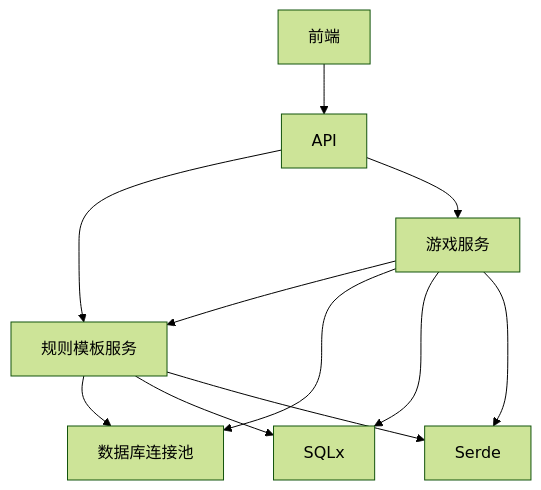
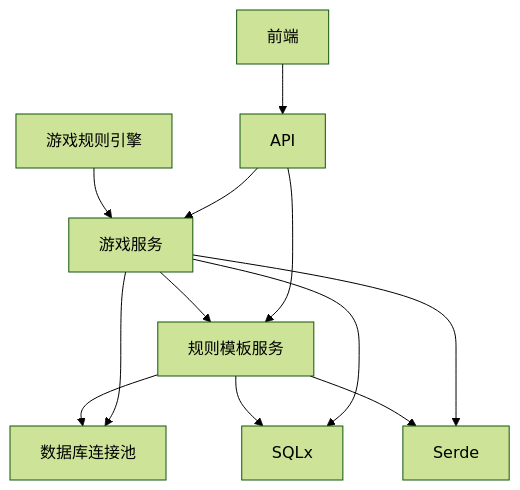
The seventh of 7 diagrams in .qoder/repowiki/zh/content/游戏规则文档.md (ITX351/royale-arena), drawn with Mermaid (forest theme) before and after one commit. The commit also changed other lines of this file and 7 other files, not shown here.

````diff
--- a/.qoder/repowiki/zh/content/游戏规则文档.md
+++ b/.qoder/repowiki/zh/content/游戏规则文档.md
@@ -173,13 +228,14 @@
 ```mermaid
 graph TD
 A[规则模板服务] --> B[数据库连接池]
 A --> C[SQLx]
 A --> D[Serde]
 E[游戏服务] --> A
 E --> B
 E --> C
 E --> D
-F[前端] --> G[API]
-G --> A
-G --> E
+F[游戏规则引擎] --> E
+G[前端] --> H[API]
+H --> E
+H --> A
 ```
````
